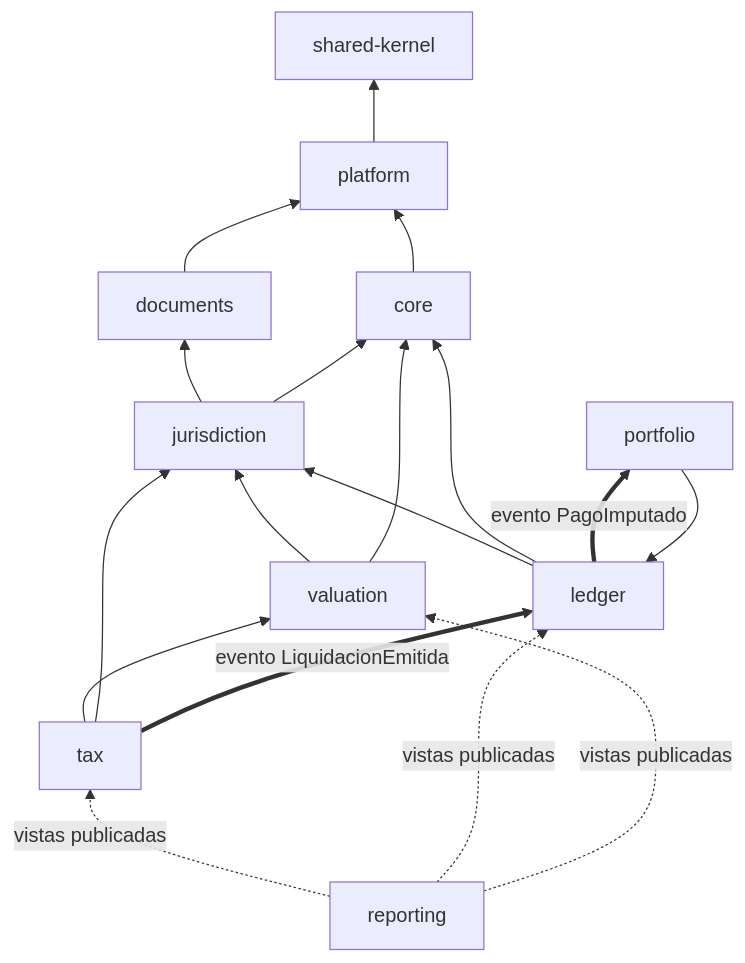
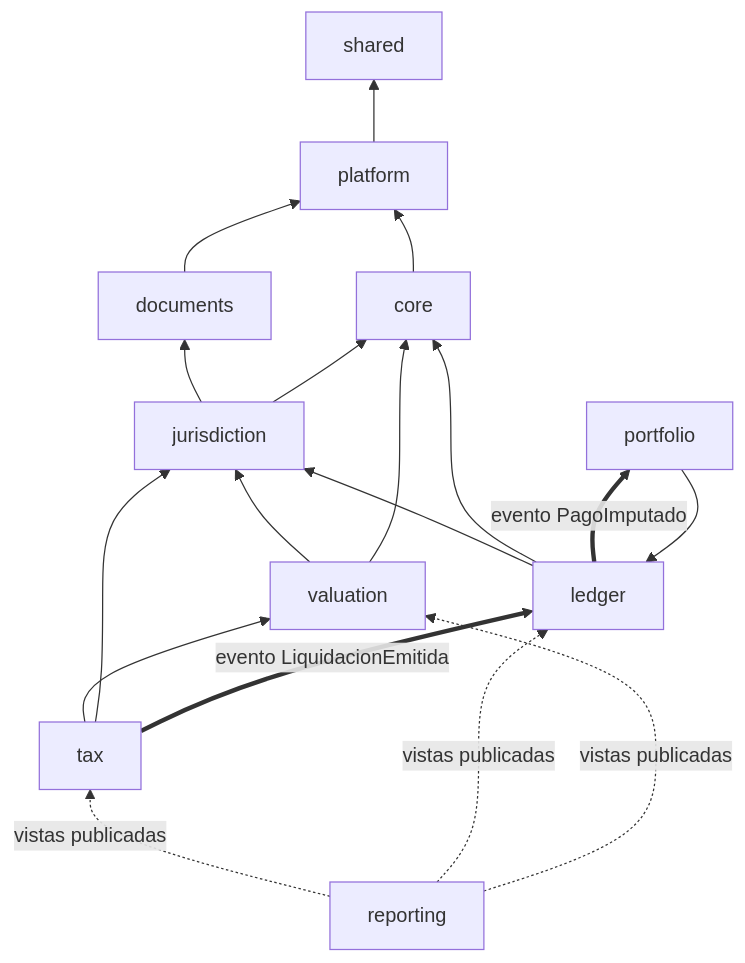
One commit to jorgearaujoSap/liv changed the third of 6 diagrams in docs/arquitectura/01_Arquitectura_de_Software.md. Above: the diagram before and after it, drawn with Mermaid. The commit also changed other lines of this file and 19 other files, not shown here.

````diff
--- a/docs/arquitectura/01_Arquitectura_de_Software.md
+++ b/docs/arquitectura/01_Arquitectura_de_Software.md
@@ -94,19 +94,19 @@
 ```mermaid
 flowchart BT
-    SK[shared-kernel]
+    SK[shared]
     PL[platform] --> SK
     CORE[core] --> PL
     DOC[documents] --> PL
     JUR[jurisdiction] --> DOC
     JUR --> CORE
     VAL[valuation] --> JUR
     VAL --> CORE
     TAX[tax] --> VAL
     TAX --> JUR
     LED[ledger] --> JUR
     LED --> CORE
     POR[portfolio] --> LED
     REP[reporting] -. vistas publicadas .-> TAX & LED & VAL
     TAX == "evento LiquidacionEmitida" ==> LED
     LED == "evento PagoImputado" ==> POR
 ```
````
